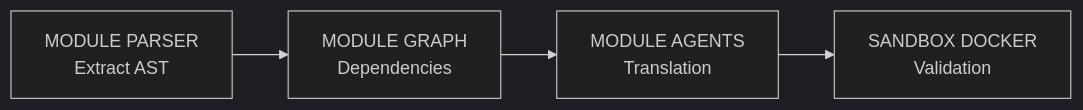
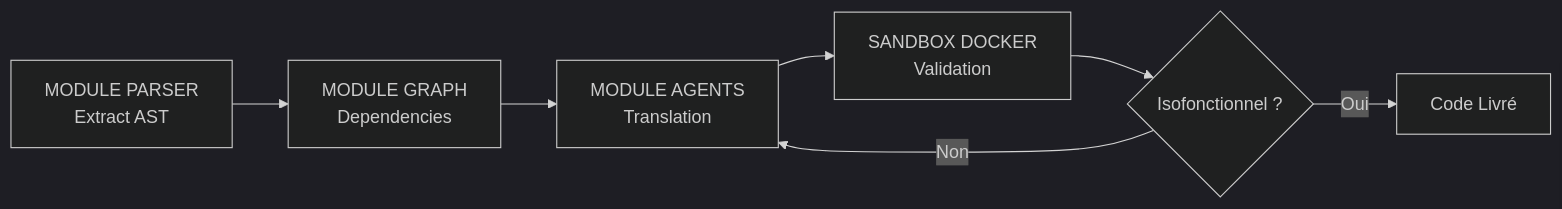
One commit to eberess/tharos_core changed the diagram in SPECIFICATIONS.md. Above: the diagram before and after it, drawn with Mermaid (dark theme). The commit also changed other lines of this file and 1 other file, not shown here.

````diff
--- a/SPECIFICATIONS.md
+++ b/SPECIFICATIONS.md
@@ -20,6 +23,9 @@
 ```mermaid
 graph LR
     A[MODULE PARSER<br/>Extract AST] --> B[MODULE GRAPH<br/>Dependencies]
     B --> C[MODULE AGENTS<br/>Translation]
     C --> D[SANDBOX DOCKER<br/>Validation]
+    D --> E{Isofonctionnel ?}
+    E -->|Oui| F[Code Livré]
+    E -->|Non| C
 ```
````
